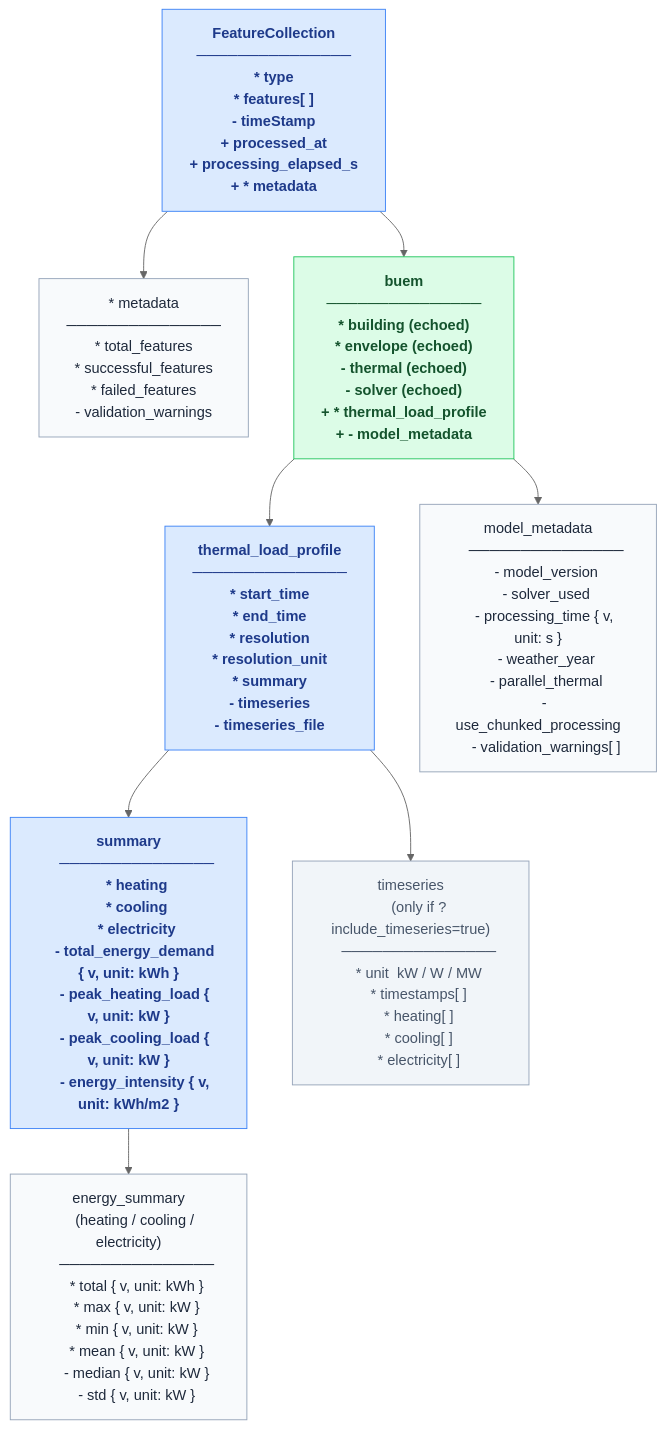
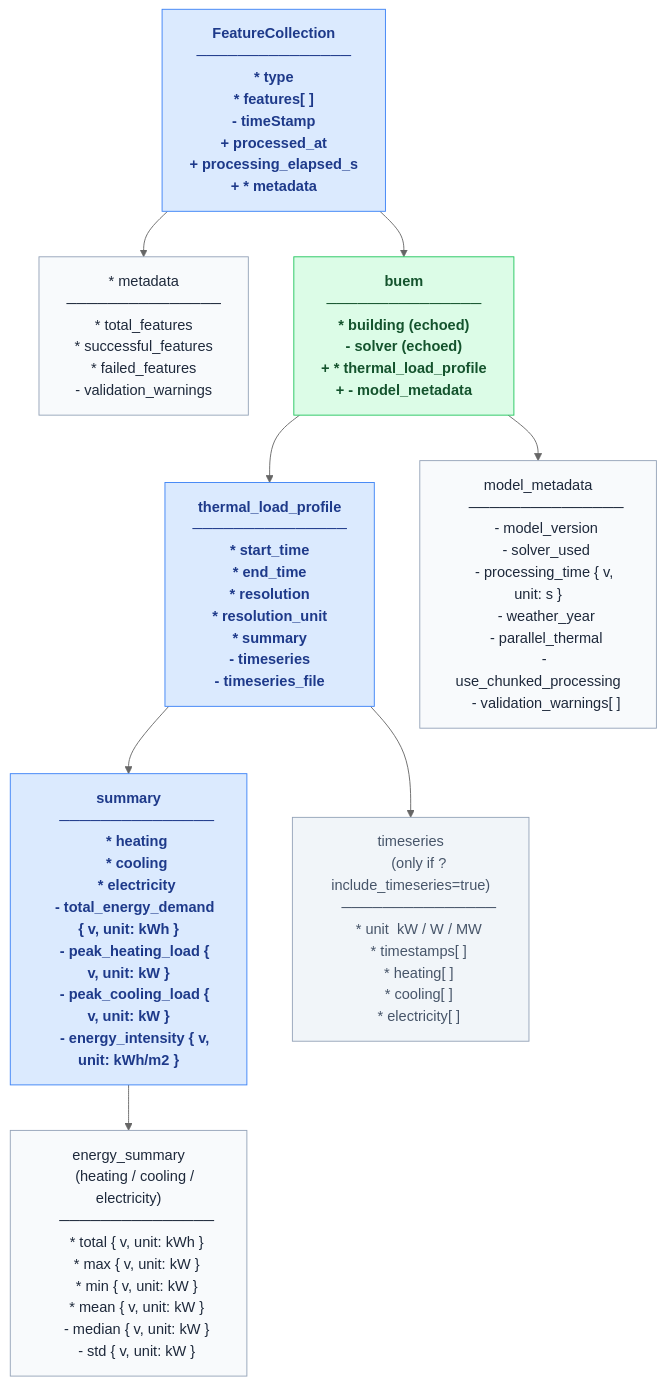
Before and after one commit to enerplanet/buem-gateway: the third of 3 diagrams in SCHEMA_OVERVIEW.md, drawn with Mermaid (neutral theme). The commit also changed other lines of this file, not shown here.

Commit message:
Update BUEM v3 schema overview: Refine request and response structures, clarify envelope and thermal properties

```diff
--- a/SCHEMA_OVERVIEW.md
+++ b/SCHEMA_OVERVIEW.md
@@ -194,8 +190,6 @@
     BUEM["buem
     ───────────────
     * building  (echoed)
-    * envelope  (echoed)
-    - thermal   (echoed)
     - solver    (echoed)
     + * thermal_load_profile
     + - model_metadata"]:::added
```
